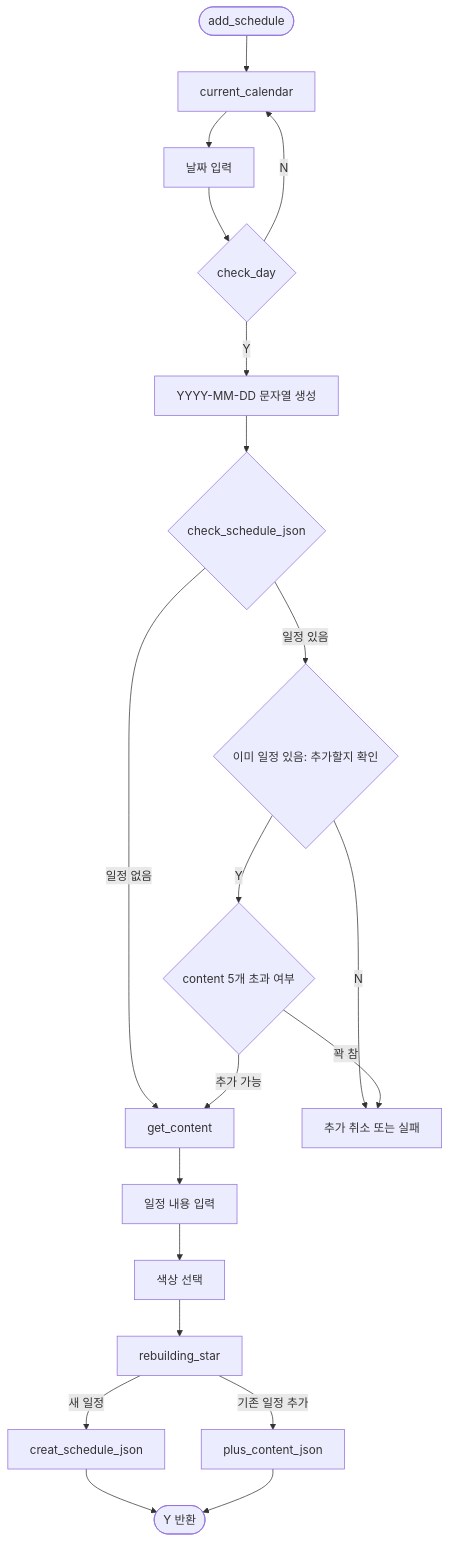
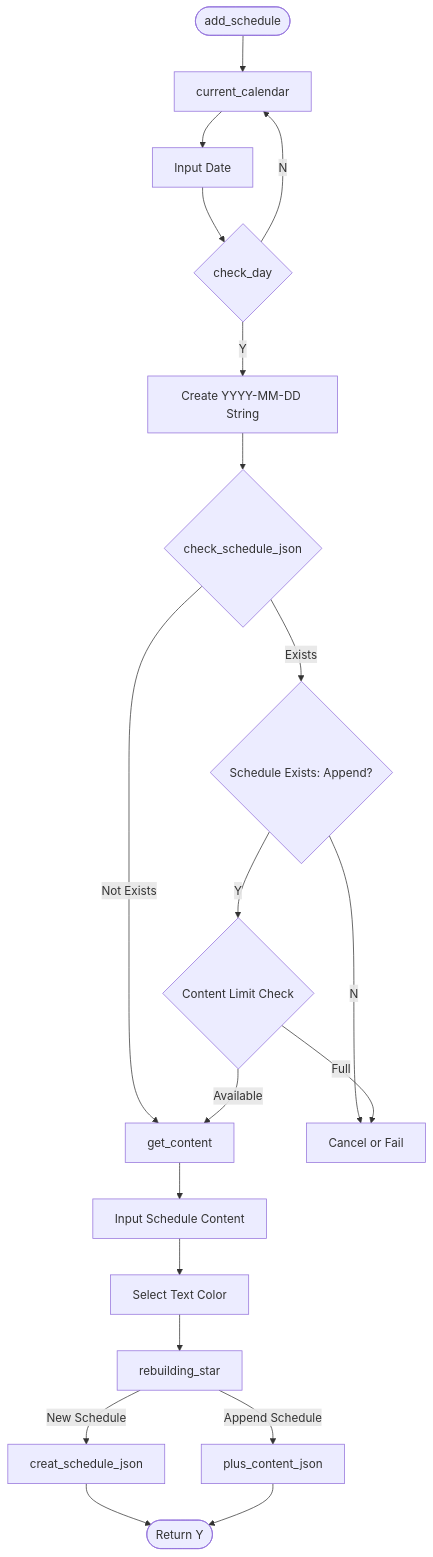
The fourth of 8 diagrams in architecture/dpd.md (JY0102/Calendar), drawn with Mermaid before and after one commit. The commit also changed other lines of this file and 1 other file, not shown here.

````diff
--- a/architecture/dpd.md
+++ b/architecture/dpd.md
@@ -97,39 +96,39 @@
 ```mermaid
 flowchart TB
-    Start([add_schedule])
-    Draw[current_calendar]
-    InputDate[날짜 입력]
-    CheckDate{check_day}
-    MakeDate[YYYY-MM-DD 문자열 생성]
-    Exists{check_schedule_json}
-    AskAppend{이미 일정 있음: 추가할지 확인}
-    InputContent[get_content]
-    CountCheck{content 5개 초과 여부}
-    InputText[일정 내용 입력]
-    InputColor[색상 선택]
-    SortStar[rebuilding_star]
-    SaveNew[creat_schedule_json]
-    SaveAppend[plus_content_json]
-    Fail[추가 취소 또는 실패]
-    Success([Y 반환])
+    Start(["add_schedule"])
+    Draw["current_calendar"]
+    InputDate["Input Date"]
+    CheckDate{"check_day"}
+    MakeDate["Create YYYY-MM-DD String"]
+    Exists{"check_schedule_json"}
+    AskAppend{"Schedule Exists: Append?"}
+    InputContent["get_content"]
+    CountCheck{"Content Limit Check"}
+    InputText["Input Schedule Content"]
+    InputColor["Select Text Color"]
+    SortStar["rebuilding_star"]
+    SaveNew["creat_schedule_json"]
+    SaveAppend["plus_content_json"]
+    Fail["Cancel or Fail"]
+    Success(["Return Y"])
 
     Start --> Draw
     Draw --> InputDate
     InputDate --> CheckDate
-    CheckDate -->|N| Draw
-    CheckDate -->|Y| MakeDate
+    CheckDate -->|"N"| Draw
+    CheckDate -->|"Y"| MakeDate
     MakeDate --> Exists
-    Exists -->|일정 없음| InputContent
-    Exists -->|일정 있음| AskAppend
-    AskAppend -->|N| Fail
-    AskAppend -->|Y| CountCheck
-    CountCheck -->|꽉 참| Fail
-    CountCheck -->|추가 가능| InputContent
+    Exists -->|"Not Exists"| InputContent
+    Exists -->|"Exists"| AskAppend
+    AskAppend -->|"N"| Fail
+    AskAppend -->|"Y"| CountCheck
+    CountCheck -->|"Full"| Fail
+    CountCheck -->|"Available"| InputContent
     InputContent --> InputText
     InputText --> InputColor
     InputColor --> SortStar
-    SortStar -->|새 일정| SaveNew
-    SortStar -->|기존 일정 추가| SaveAppend
+    SortStar -->|"New Schedule"| SaveNew
+    SortStar -->|"Append Schedule"| SaveAppend
     SaveNew --> Success
     SaveAppend --> Success
 ```
````
